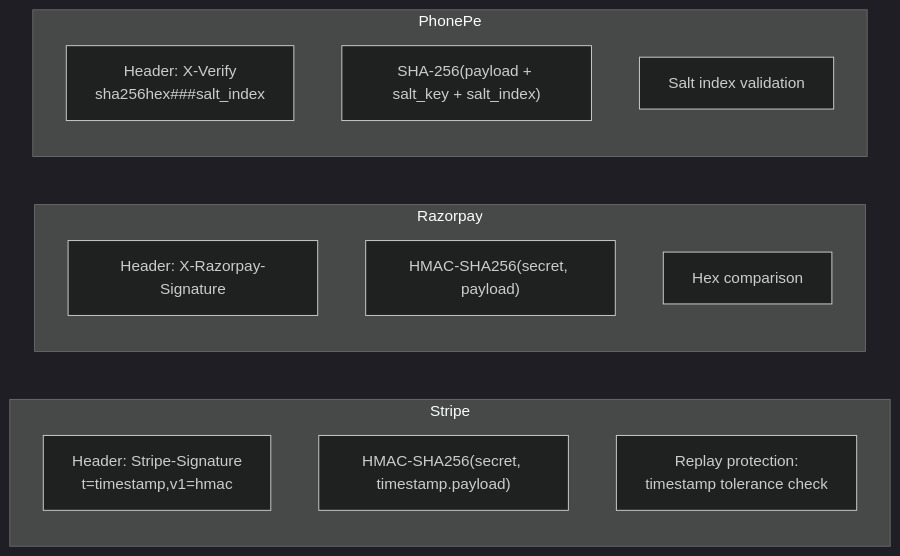
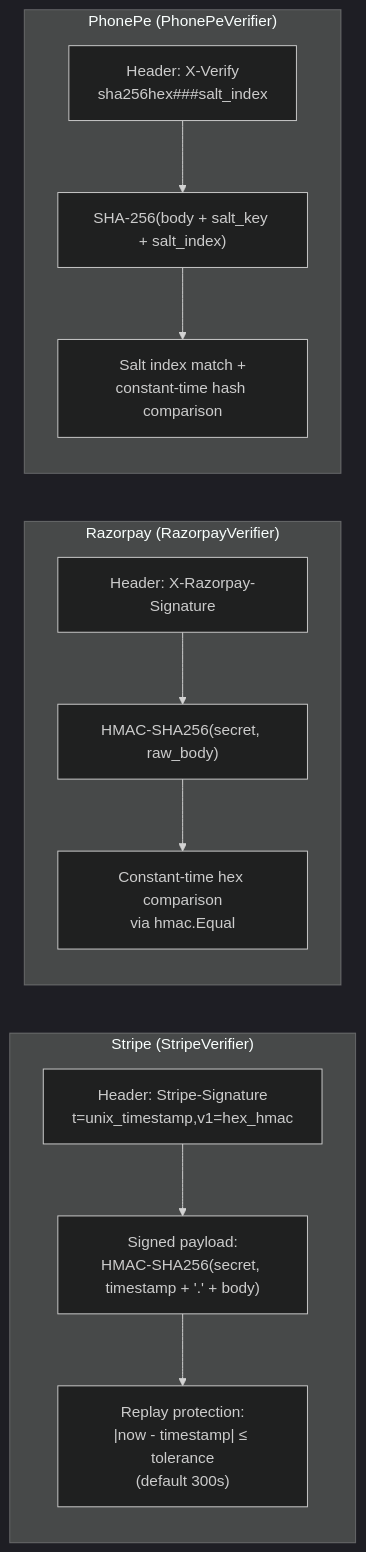
Before and after one commit to sunitakeazycommerz-a11y/InstaCommerce: the fourth of 5 diagrams in services/payment-webhook-service/README.md, drawn with Mermaid (dark theme). The commit also changed other lines of this file and 554 other files, not shown here.

````diff
--- a/services/payment-webhook-service/README.md
+++ b/services/payment-webhook-service/README.md
@@ -44,18 +293,21 @@
 ```mermaid
 flowchart LR
-    subgraph Stripe
-        S1["Header: Stripe-Signature<br/>t=timestamp,v1=hmac"]
-        S2["HMAC-SHA256(secret, timestamp.payload)"]
-        S3["Replay protection:<br/>timestamp tolerance check"]
+    subgraph "Stripe (StripeVerifier)"
+        S1["Header: Stripe-Signature<br/>t=unix_timestamp,v1=hex_hmac"]
+        S2["Signed payload:<br/>HMAC-SHA256(secret, timestamp + '.' + body)"]
+        S3["Replay protection:<br/>|now - timestamp| ≤ tolerance<br/>(default 300s)"]
+        S1 --> S2 --> S3
     end
-    subgraph Razorpay
+    subgraph "Razorpay (RazorpayVerifier)"
         R1["Header: X-Razorpay-Signature"]
-        R2["HMAC-SHA256(secret, payload)"]
-        R3["Hex comparison"]
+        R2["HMAC-SHA256(secret, raw_body)"]
+        R3["Constant-time hex comparison<br/>via hmac.Equal"]
+        R1 --> R2 --> R3
     end
-    subgraph PhonePe
+    subgraph "PhonePe (PhonePeVerifier)"
         P1["Header: X-Verify<br/>sha256hex###salt_index"]
-        P2["SHA-256(payload + salt_key + salt_index)"]
-        P3["Salt index validation"]
+        P2["SHA-256(body + salt_key + salt_index)"]
+        P3["Salt index match +<br/>constant-time hash comparison"]
+        P1 --> P2 --> P3
     end
 ```
````
